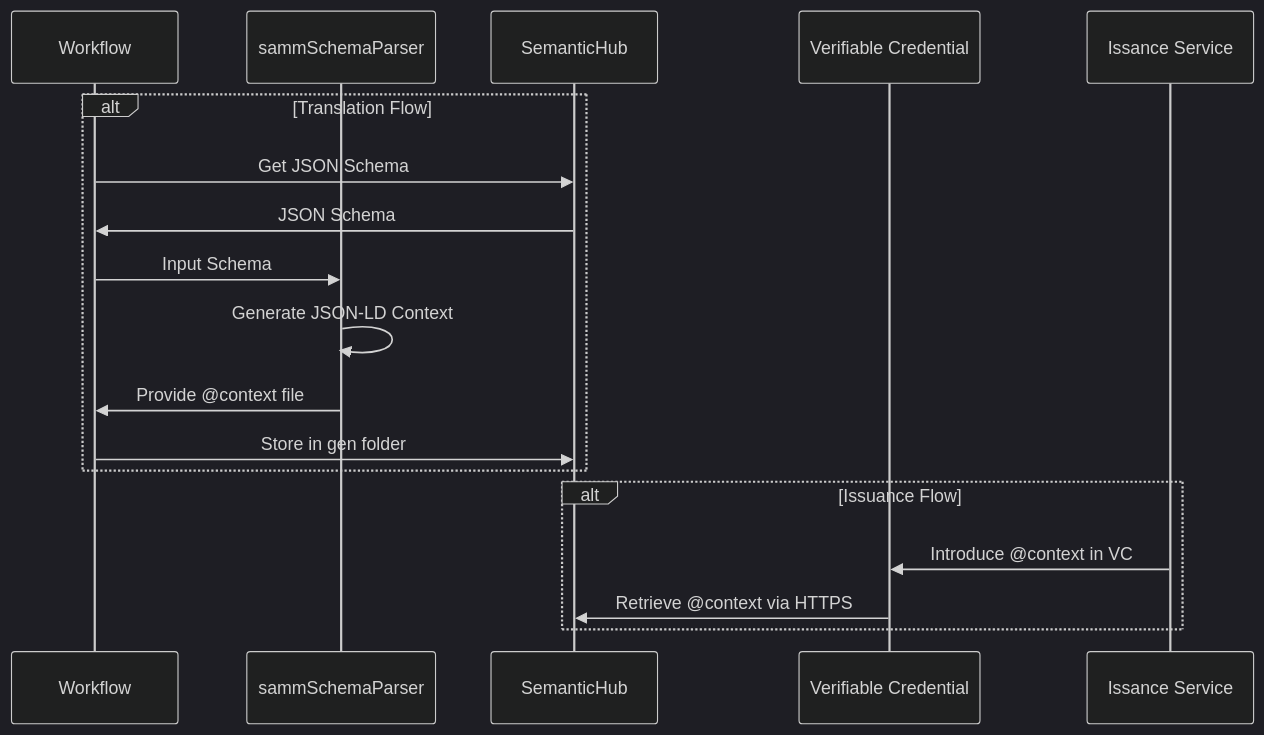
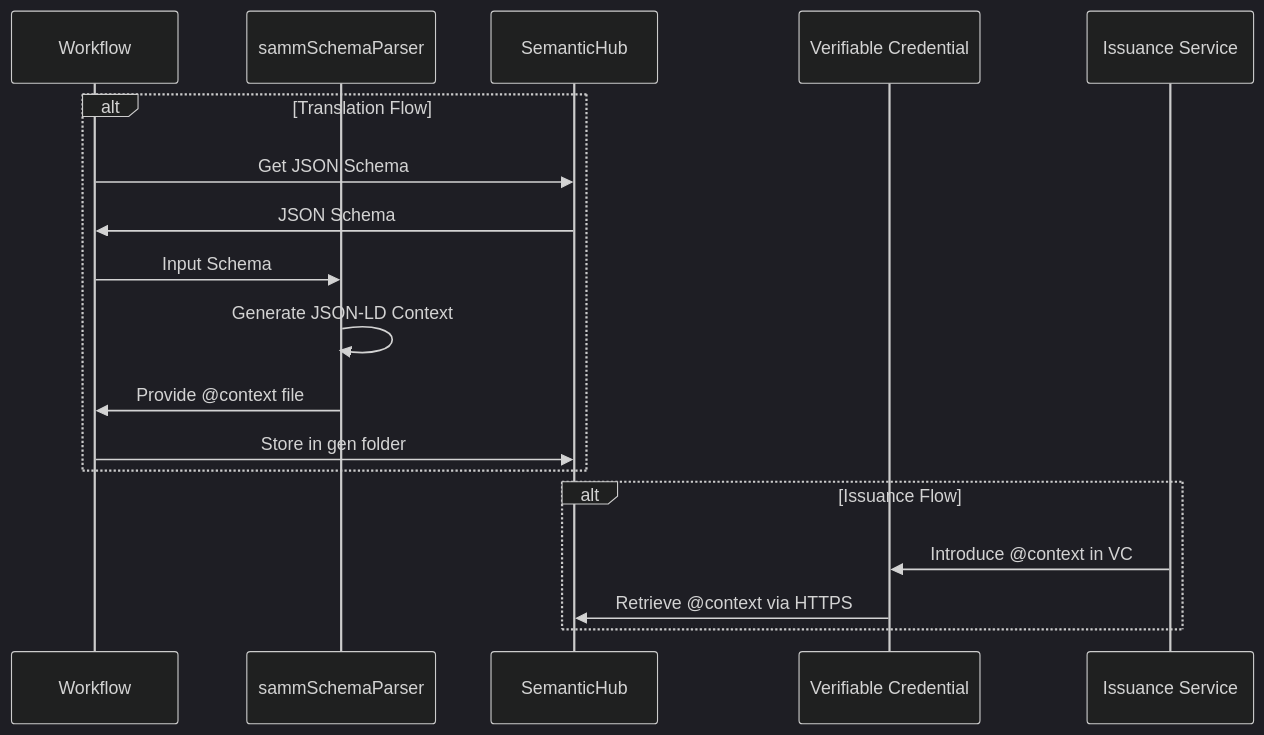
One commit to eclipse-tractusx/eclipse-tractusx.github.io changed the fourth of 4 diagrams in docs-kits/kits/data-trust-and-security-kit/software-development-view/semantic-verification.md. Above: the diagram before and after it, drawn with Mermaid (dark theme). The commit also changed 3 other files, not shown here.

````diff
--- a/docs-kits/kits/data-trust-and-security-kit/software-development-view/semantic-verification.md
+++ b/docs-kits/kits/data-trust-and-security-kit/software-development-view/semantic-verification.md
@@ -265,23 +265,23 @@
 ```mermaid
 sequenceDiagram
     participant Workflow as Workflow
     participant Parser as sammSchemaParser
     participant SemanticHub
     participant VC as Verifiable Credential
-    participant IssuanceService as Issance Service
+    participant IssuanceService as Issuance Service
     
     alt Translation Flow
     Workflow->>SemanticHub: Get JSON Schema
     SemanticHub->>Workflow: JSON Schema
     Workflow->>Parser: Input Schema
     Parser->>Parser: Generate JSON-LD Context
     Parser->>Workflow: Provide @context file
     Workflow->>SemanticHub: Store in gen folder
     end
     
     alt Issuance Flow
     IssuanceService->>VC: Introduce @context in VC
     VC->>SemanticHub: Retrieve @context via HTTPS
     end
 
 ```
````
